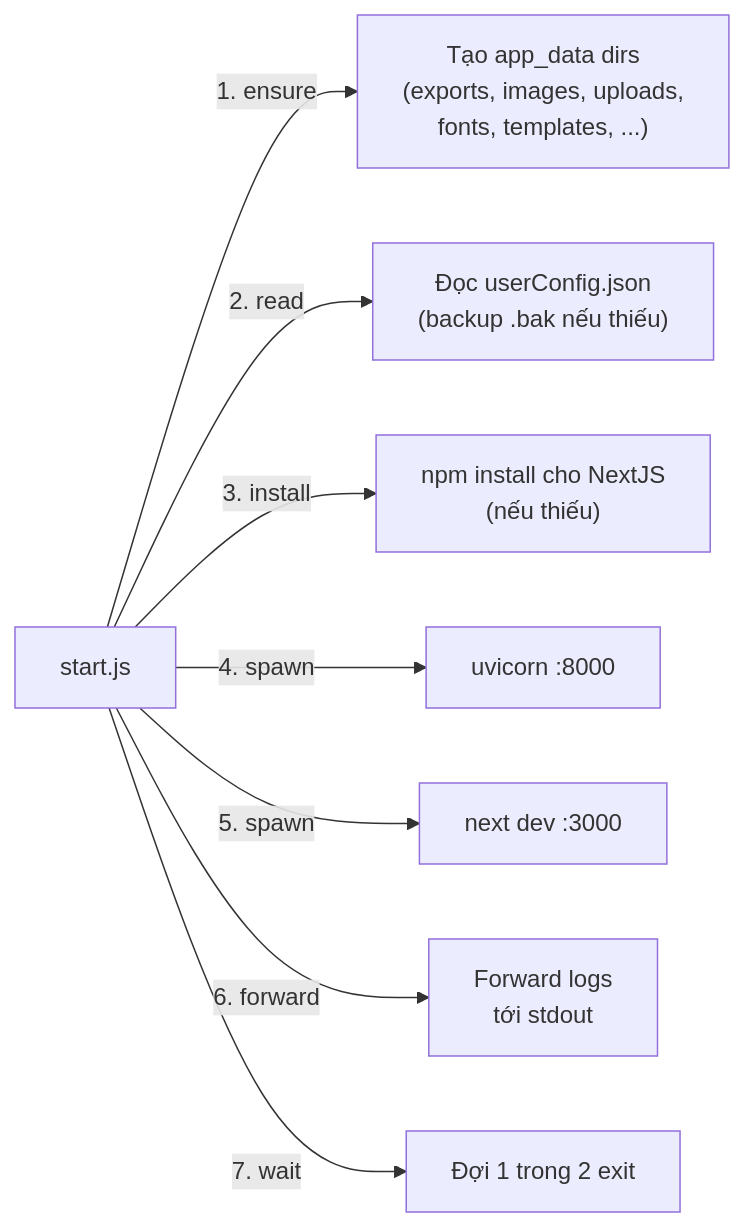
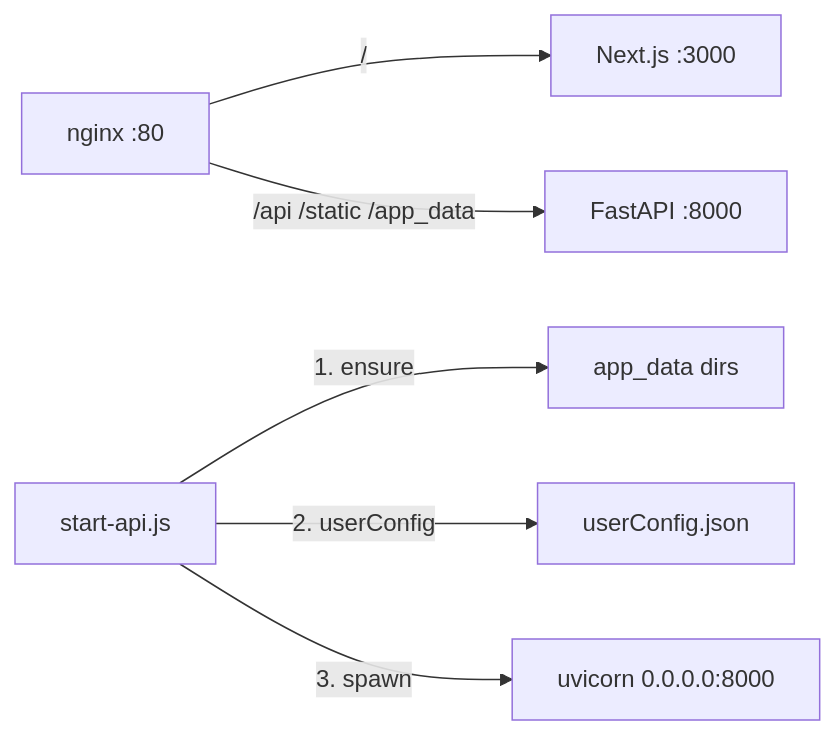
Before and after one commit to xuanthai-work/presenton-gapo: the third of 3 diagrams in docs/architecture/01-level-workspace.md, drawn with Mermaid. The commit also changed other lines of this file and 155 other files, not shown here.

First line of the commit message:
feat: split web/api containers and store LLM keys per user

````diff
--- a/docs/architecture/01-level-workspace.md
+++ b/docs/architecture/01-level-workspace.md
@@ -115,10 +115,8 @@
 ```mermaid
 flowchart LR
-    Start["start.js"] -->|1. ensure| Dirs["Tạo app_data dirs<br/>(exports, images, uploads,<br/>fonts, templates, ...)"]
-    Start -->|2. read| Config["Đọc userConfig.json<br/>(backup .bak nếu thiếu)"]
-    Start -->|3. install| Npm["npm install cho NextJS<br/>(nếu thiếu)"]
-    Start -->|4. spawn| FastAPI["uvicorn :8000"]
-    Start -->|5. spawn| NextJS["next dev :3000"]
-    Start -->|6. forward| Logs["Forward logs<br/>tới stdout"]
-    Start -->|7. wait| Exit["Đợi 1 trong 2 exit"]
+    Proxy["nginx :80"] -->|"/"| Next["Next.js :3000"]
+    Proxy -->|"/api /static /app_data"| API["FastAPI :8000"]
+    Start["start-api.js"] -->|1. ensure| Dirs["app_data dirs"]
+    Start -->|2. userConfig| Config["userConfig.json"]
+    Start -->|3. spawn| Uvicorn["uvicorn 0.0.0.0:8000"]
 ```
````
